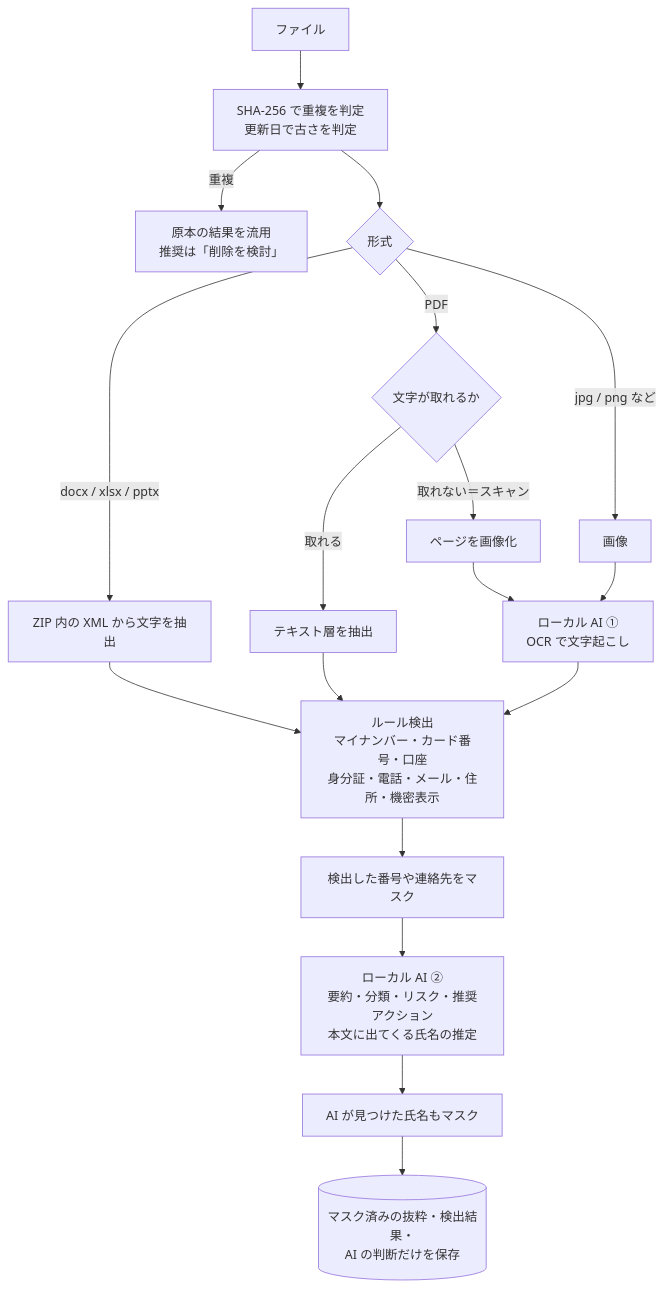
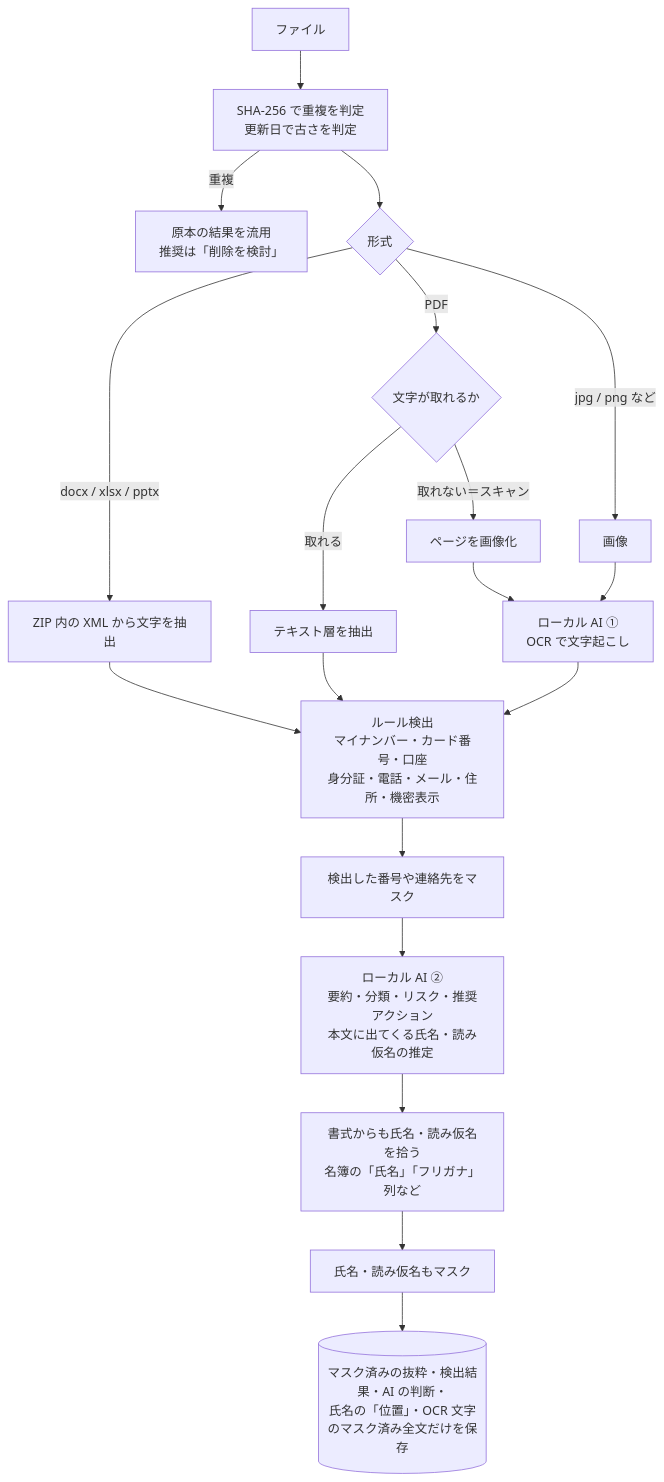
The second of 2 diagrams in README.md (Takashi-Matsumura/filechecker-demo), drawn with Mermaid before and after one commit. The commit also changed other lines of this file, not shown here.

````diff
--- a/README.md
+++ b/README.md
@@ -80,20 +91,21 @@
 ```mermaid
 flowchart TD
   A[ファイル] --> H[SHA-256 で重複を判定<br/>更新日で古さを判定]
   H -->|重複| R[原本の結果を流用<br/>推奨は「削除を検討」]
   H --> E{形式}
   E -->|docx / xlsx / pptx| O[ZIP 内の XML から文字を抽出]
   E -->|PDF| P{文字が取れるか}
   P -->|取れる| PT[テキスト層を抽出]
   P -->|取れない＝スキャン| PI[ページを画像化]
   E -->|jpg / png など| IM[画像]
   PI --> OCR[ローカル AI ①<br/>OCR で文字起こし]
   IM --> OCR
   O --> RULE
   PT --> RULE
   OCR --> RULE[ルール検出<br/>マイナンバー・カード番号・口座<br/>身分証・電話・メール・住所・機密表示]
   RULE --> MASK1[検出した番号や連絡先をマスク]
-  MASK1 --> AI[ローカル AI ②<br/>要約・分類・リスク・推奨アクション<br/>本文に出てくる氏名の推定]
-  AI --> MASK2[AI が見つけた氏名もマスク]
-  MASK2 --> DB[(マスク済みの抜粋・検出結果・<br/>AI の判断だけを保存)]
+  MASK1 --> AI[ローカル AI ②<br/>要約・分類・リスク・推奨アクション<br/>本文に出てくる氏名・読み仮名の推定]
+  AI --> NAMES[書式からも氏名・読み仮名を拾う<br/>名簿の「氏名」「フリガナ」列など]
+  NAMES --> MASK2[氏名・読み仮名もマスク]
+  MASK2 --> DB[(マスク済みの抜粋・検出結果・AI の判断・<br/>氏名の「位置」・OCR 文字のマスク済み全文だけを保存)]
 ```
````
